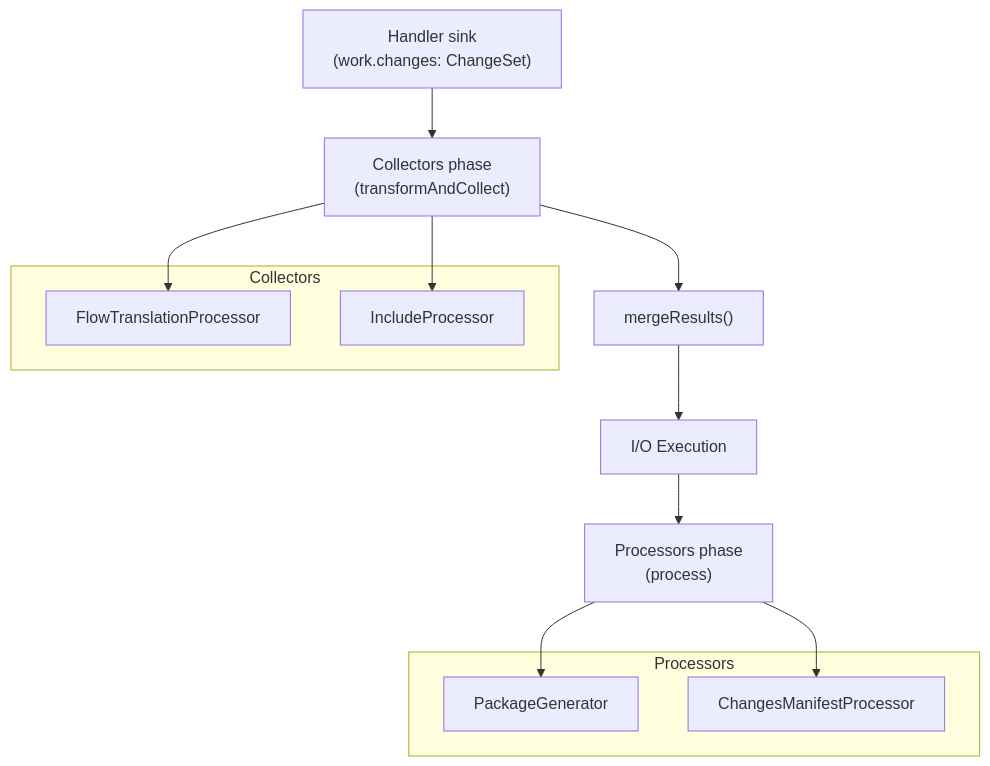
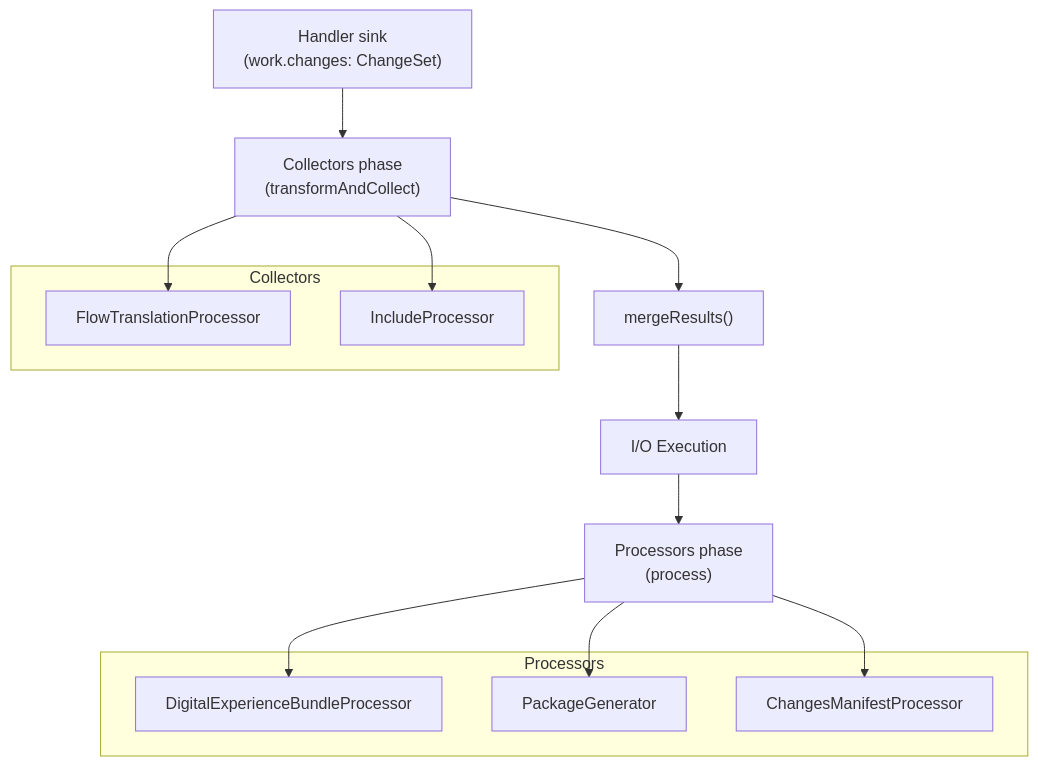
Before and after one commit to scolladon/sfdx-git-delta: the fifth of 5 diagrams in DESIGN.md, drawn with Mermaid. The commit also changed other lines of this file, not shown here.

Commit message:
docs: document DigitalExperience granular handling

````diff
--- a/DESIGN.md
+++ b/DESIGN.md
@@ -344,22 +354,24 @@
 ```mermaid
 flowchart TD
     HR["Handler sink<br/>(work.changes: ChangeSet)"] --> C["Collectors phase<br/>(transformAndCollect)"]
     C --> M["mergeResults()"]
     M --> IO["I/O Execution"]
     IO --> P["Processors phase<br/>(process)"]
 
     subgraph Collectors
         FT["FlowTranslationProcessor"]
         IP["IncludeProcessor"]
     end
 
     subgraph Processors
+        DEB["DigitalExperienceBundleProcessor"]
         PG["PackageGenerator"]
         CM["ChangesManifestProcessor"]
     end
 
     C --> FT
     C --> IP
+    P --> DEB
     P --> PG
     P --> CM
 ```
````
